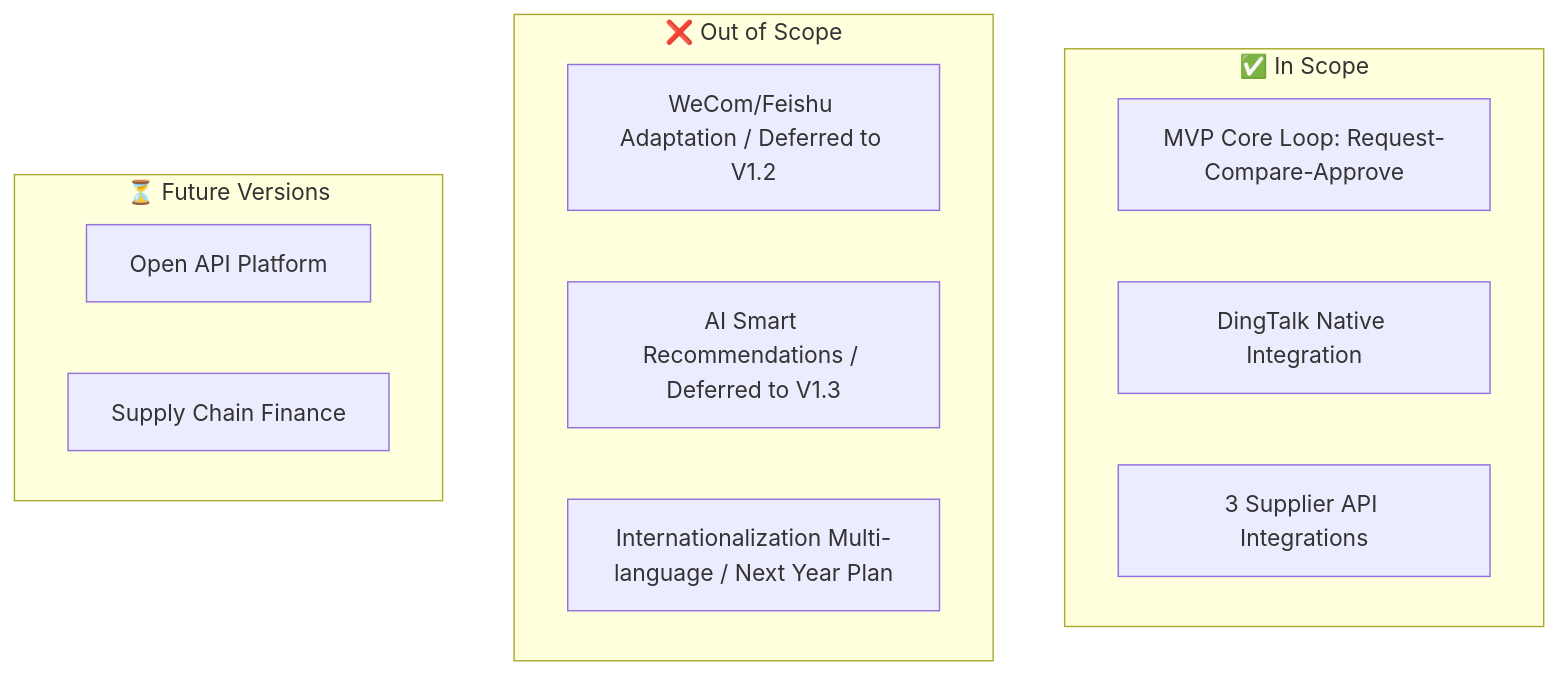
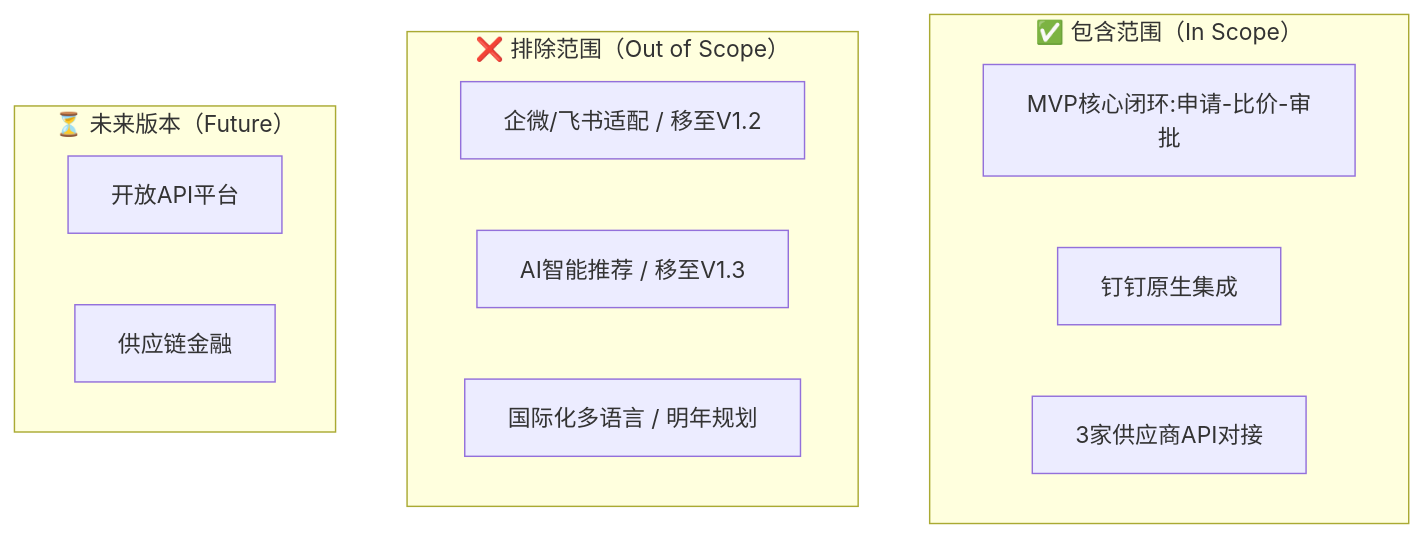
One commit to Kirky-X/cangjie changed diagram 14 of 18 in templates/Product/Strategy/Template-MRD.md. Above: the diagram before and after it, drawn with Mermaid. The commit also changed other lines of this file and 33 other files, not shown here.

````diff
--- a/templates/Product/Strategy/Template-MRD.md
+++ b/templates/Product/Strategy/Template-MRD.md
@@ -596,19 +596,19 @@
 ```mermaid
 graph TB
-    subgraph InScope["✅ In Scope"]
-        A1[MVP Core Loop: Request-Compare-Approve]
-        A2[DingTalk Native Integration]
-        A3[3 Supplier API Integrations]
+    subgraph InScope["✅ 包含范围（In Scope）"]
+        A1[MVP核心闭环:申请-比价-审批]
+        A2[钉钉原生集成]
+        A3[3家供应商API对接]
     end
 
-    subgraph OutScope["❌ Out of Scope"]
-        B1[WeCom/Feishu Adaptation / Deferred to V1.2]
-        B2[AI Smart Recommendations / Deferred to V1.3]
-        B3[Internationalization Multi-language / Next Year Plan]
+    subgraph OutScope["❌ 排除范围（Out of Scope）"]
+        B1[企微/飞书适配 / 移至V1.2]
+        B2[AI智能推荐 / 移至V1.3]
+        B3[国际化多语言 / 明年规划]
     end
 
-    subgraph Future["⏳ Future Versions"]
-        C1[Open API Platform]
-        C2[Supply Chain Finance]
+    subgraph Future["⏳ 未来版本（Future）"]
+        C1[开放API平台]
+        C2[供应链金融]
     end
 ```
````
